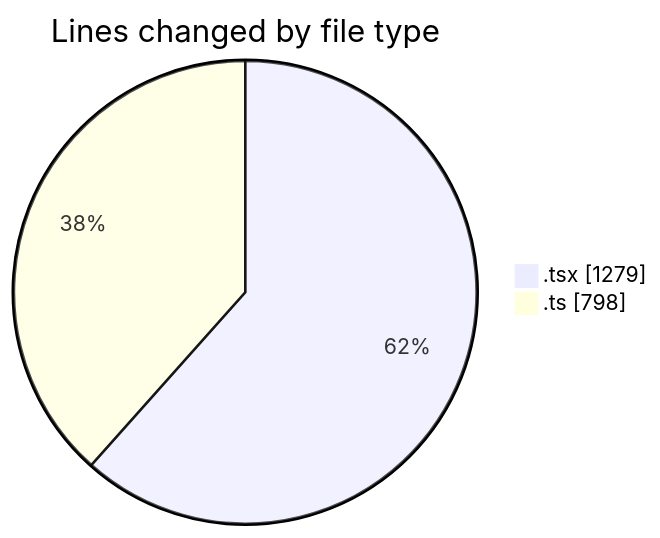
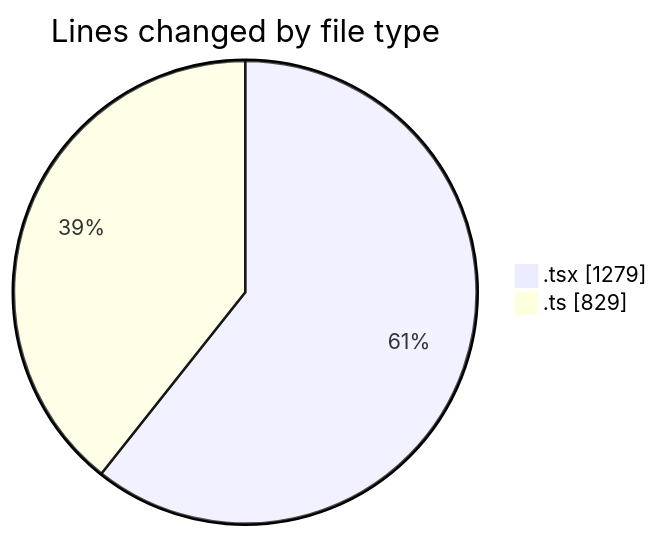
The first of 2 diagrams in 2026-02-27/nxtqube_webapp/README.md (nxtqubesakshisongat/code-tracking), drawn with Mermaid before and after one commit. The commit also changed other lines of this file and 1 other file, not shown here.

````diff
--- a/2026-02-27/nxtqube_webapp/README.md
+++ b/2026-02-27/nxtqube_webapp/README.md
@@ -24,6 +24,6 @@
 ```mermaid
 pie showData
 title Lines changed by file type
 ".tsx" : 1279
-".ts" : 798
+".ts" : 829
 ```
````
